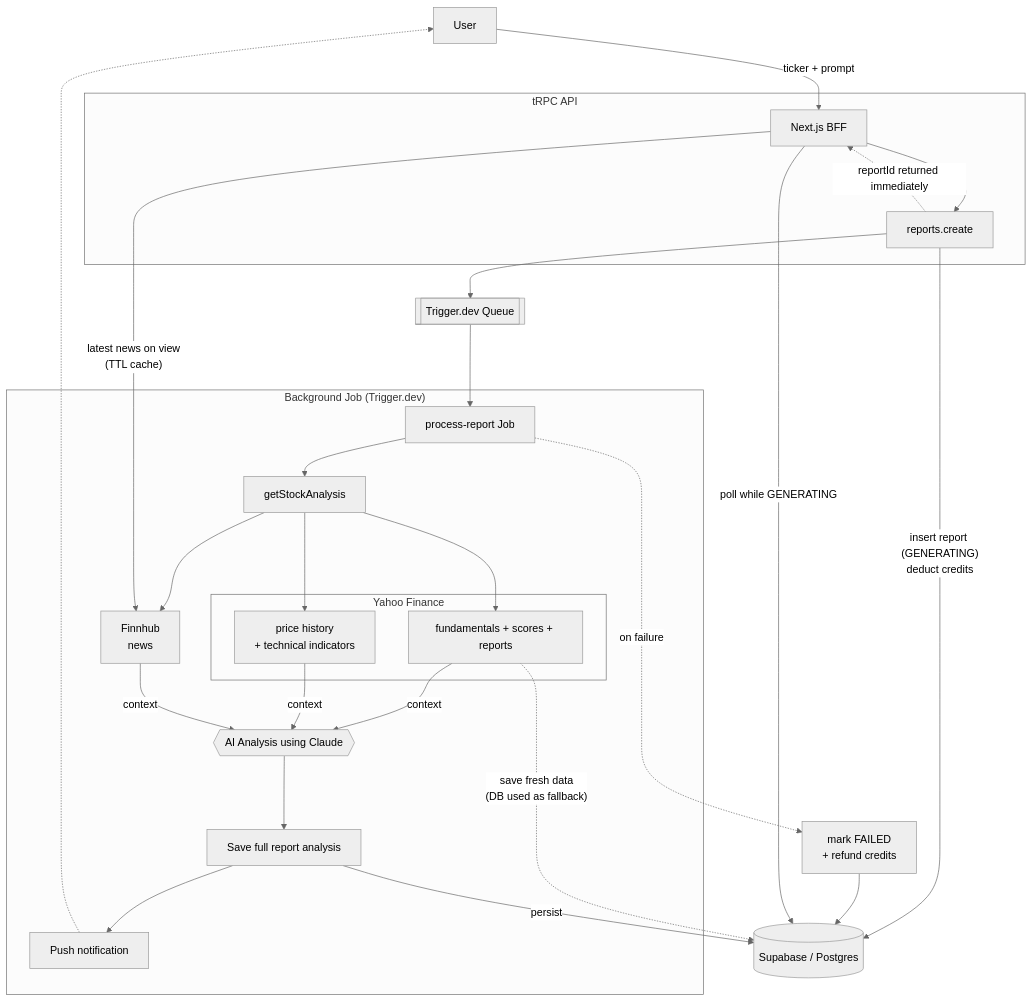
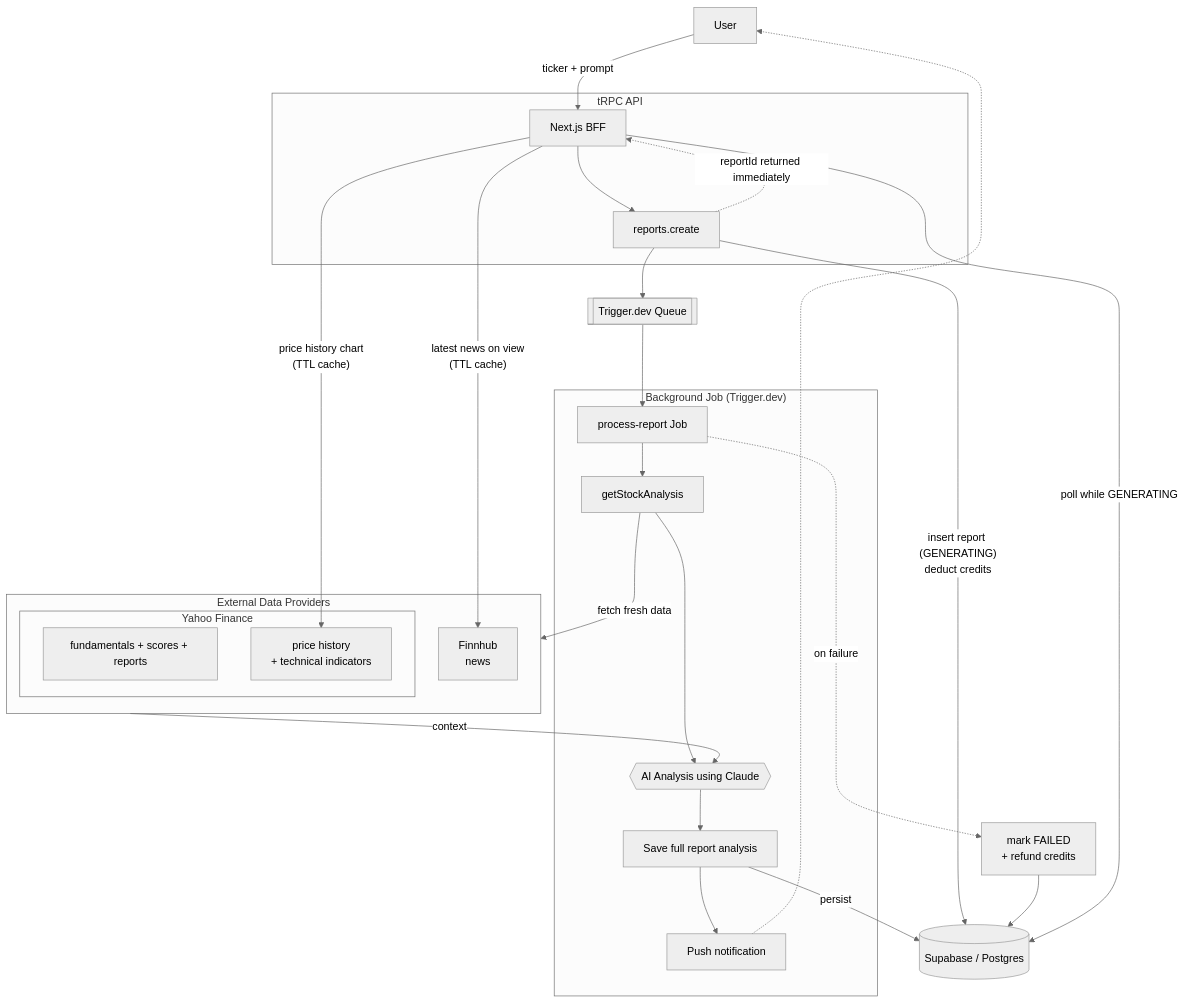
One commit to Miguelii/brew-stock-ai changed the diagram in README.md. Above: the diagram before and after it, drawn with Mermaid (neutral theme).

````diff
--- a/README.md
+++ b/README.md
@@ -31,44 +31,43 @@
 ```mermaid
 flowchart TD
     U["User"] -->|"ticker + prompt"| UI["Next.js BFF"]
 
     subgraph API["tRPC API"]
         UI --> CR["reports.create"]
     end
 
     PG[("Supabase / Postgres")]
     TQ[["Trigger.dev Queue"]]
 
     CR -->|"insert report (GENERATING)\ndeduct credits"| PG
     CR --> TQ
     CR -.->|"reportId returned immediately"| UI
 
-    subgraph BG["Background Job (Trigger.dev)"]
-        JOB["process-report Job"] --> ANALYSIS["getStockAnalysis"]
-
+    subgraph EXT["External Data Providers"]
         subgraph YF["Yahoo Finance"]
             YAHOO["fundamentals + scores + reports"]
             PRICE["price history\n+ technical indicators"]
         end
+        FINNHUB["Finnhub\nnews"]
+    end
 
-        ANALYSIS --> YAHOO
-        ANALYSIS --> PRICE
-        ANALYSIS --> FINNHUB["Finnhub\nnews"]
-
-        YAHOO -->|"context"| AI{{"AI Analysis using Claude"}}
-        PRICE -->|"context"| AI
-        FINNHUB -->|"context"| AI
+    subgraph BG["Background Job (Trigger.dev)"]
+        JOB["process-report Job"] --> ANALYSIS["getStockAnalysis"]
+        ANALYSIS --> AI{{"AI Analysis using Claude"}}
         AI --> SAVE["Save full report analysis"]
         SAVE --> PUSH["Push notification"]
     end
 
+    ANALYSIS -->|"fetch fresh data"| EXT
+    EXT -->|"context"| AI
+
     TQ --> JOB
     JOB -.->|"on failure"| FAIL["mark FAILED\n+ refund credits"]
     FAIL --> PG
-    YAHOO -.->|"save fresh data\n(DB used as fallback)"| PG
     SAVE -->|"persist"| PG
 
     PUSH -.-> U
-    UI -->|"poll while GENERATING\n"| PG
+    UI -->|"poll while GENERATING"| PG
     UI -->|"latest news on view\n(TTL cache)"| FINNHUB
+    UI -->|"price history chart\n(TTL cache)"| PRICE
 ```
````
